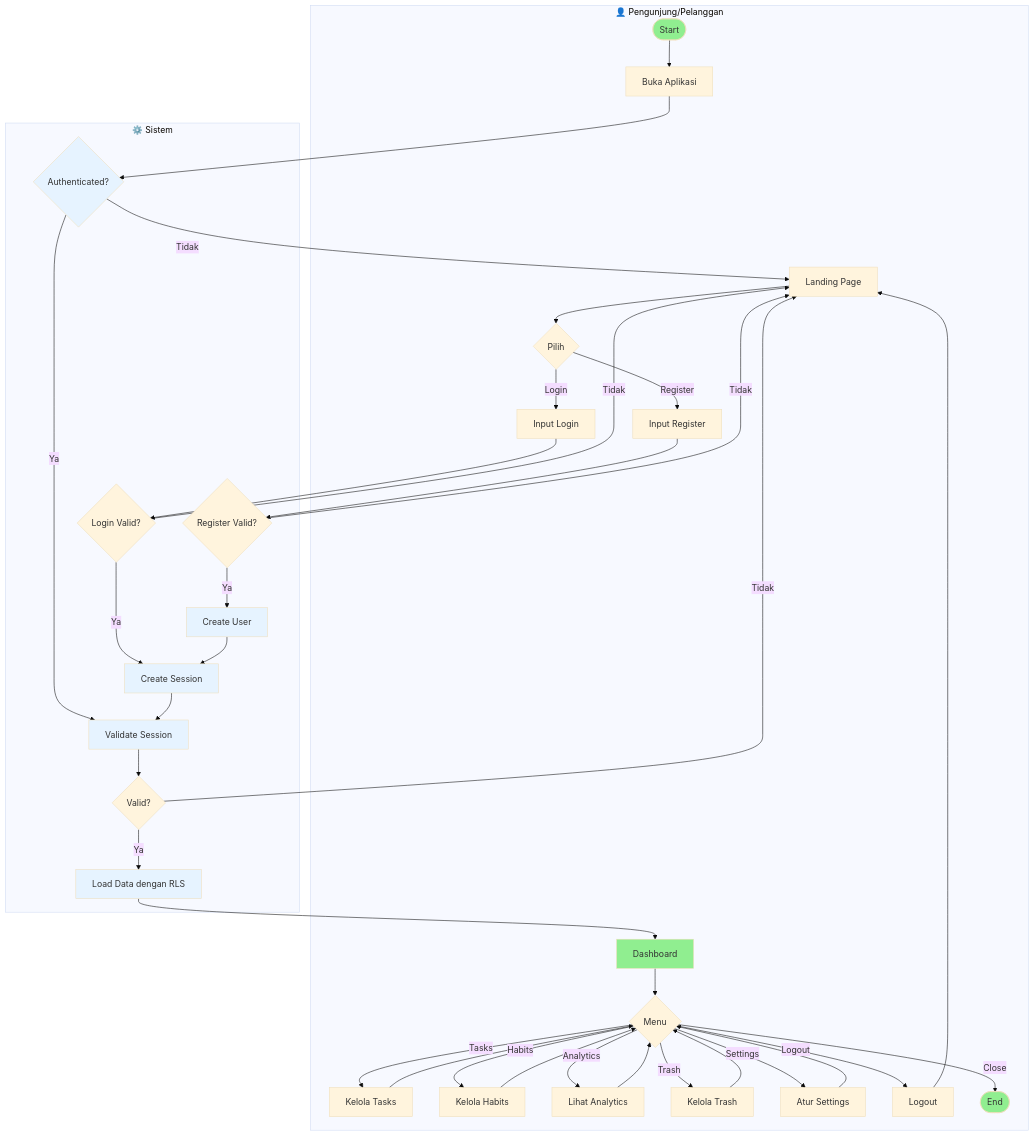
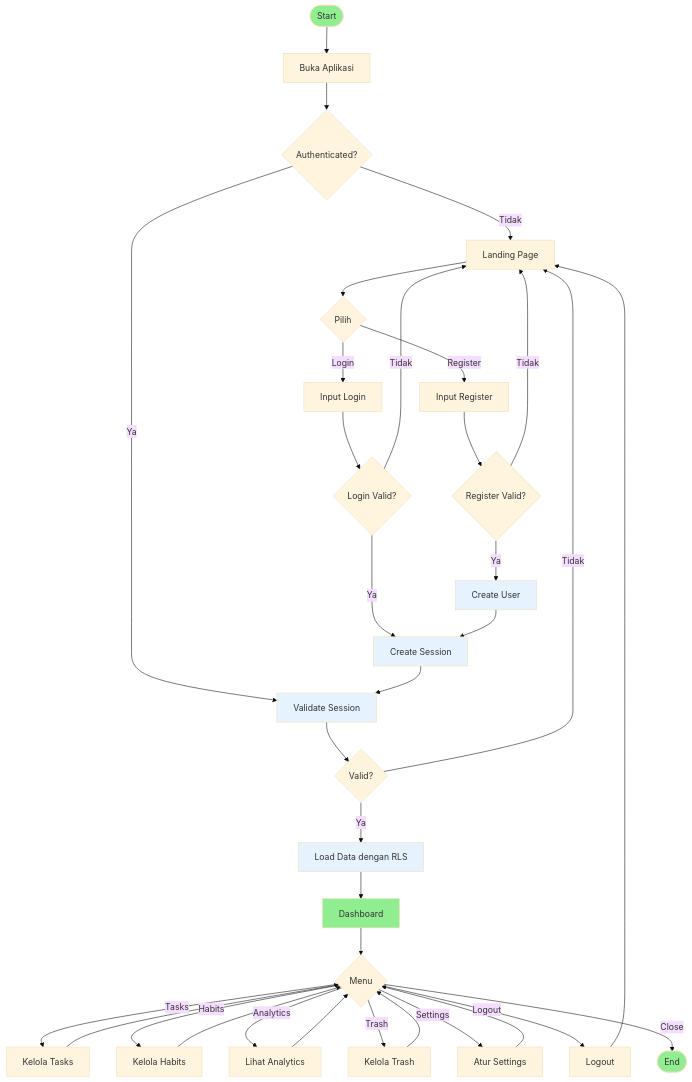
One commit to FarhanEfendi21/FlowDay changed diagram 11 of 11 in ACTIVITY_DIAGRAMS.md. Above: the diagram before and after it, drawn with Mermaid (base theme). The commit also changed other lines of this file, not shown here.

Commit message:
fix activity diagram

````diff
--- a/ACTIVITY_DIAGRAMS.md
+++ b/ACTIVITY_DIAGRAMS.md
@@ -464,54 +427,55 @@
 ```mermaid
-graph TD
-    subgraph User["👤 Pengunjung/Pelanggan"]
-        A([Start]) --> B[Buka Aplikasi]
-        C[Landing Page] --> D{Pilih}
-        D -->|Login| E[Input Login]
-        D -->|Register| F[Input Register]
-        G[Dashboard] --> H{Menu}
-        H -->|Tasks| I[Kelola Tasks]
-        H -->|Habits| J[Kelola Habits]
-        H -->|Analytics| K[Lihat Analytics]
-        H -->|Trash| L[Kelola Trash]
-        H -->|Settings| M[Atur Settings]
-        H -->|Logout| N[Logout]
-        I --> H
-        J --> H
-        K --> H
-        L --> H
-        M --> H
-        N --> C
-        H -->|Close| O([End])
-    end
+flowchart TB
+    Start([Start]) --> A[Buka Aplikasi]
+    A --> B{Authenticated?}
     
-    subgraph System["⚙️ Sistem"]
-        P{Authenticated?}
-        P -->|Tidak| C
-        P -->|Ya| Q[Validate Session]
-        Q --> R{Valid?}
-        R -->|Tidak| C
-        R -->|Ya| S[Load Data dengan RLS]
-        S --> G
-        T{Login Valid?}
-        T -->|Ya| U[Create Session]
-        U --> Q
-        T -->|Tidak| C
-        V{Register Valid?}
-        V -->|Ya| W[Create User]
-        W --> U
-        V -->|Tidak| C
-    end
+    B -->|Tidak| C[Landing Page]
+    C --> D{Pilih}
+    D -->|Login| E1[Input Login]
+    E1 --> E2{Login Valid?}
+    E2 -->|Tidak| C
+    E2 -->|Ya| E3[Create Session]
     
-    B --> P
-    E --> T
-    F --> V
+    D -->|Register| F1[Input Register]
+    F1 --> F2{Register Valid?}
+    F2 -->|Tidak| C
+    F2 -->|Ya| F3[Create User]
+    F3 --> E3
+    
+    B -->|Ya| G1[Validate Session]
+    G1 --> G2{Valid?}
+    G2 -->|Tidak| C
+    G2 -->|Ya| G3[Load Data dengan RLS]
+    
+    E3 --> G1
+    G3 --> H[Dashboard]
+    H --> Menu{Menu}
+    
+    Menu -->|Tasks| I1[Kelola Tasks]
+    I1 --> Menu
+    
+    Menu -->|Habits| J1[Kelola Habits]
+    J1 --> Menu
+    
+    Menu -->|Analytics| K1[Lihat Analytics]
+    K1 --> Menu
+    
+    Menu -->|Trash| L1[Kelola Trash]
+    L1 --> Menu
+    
+    Menu -->|Settings| M1[Atur Settings]
+    M1 --> Menu
+    
+    Menu -->|Logout| N1[Logout]
+    N1 --> C
+    
+    Menu -->|Close| End([End])
 
-    style A fill:#90EE90
-    style O fill:#90EE90
-    style G fill:#90EE90
-    style P fill:#E6F3FF
-    style Q fill:#E6F3FF
-    style S fill:#E6F3FF
-    style U fill:#E6F3FF
-    style W fill:#E6F3FF
+    style Start fill:#90EE90
+    style End fill:#90EE90
+    style H fill:#90EE90
+    style E3 fill:#E6F3FF
+    style F3 fill:#E6F3FF
+    style G1 fill:#E6F3FF
+    style G3 fill:#E6F3FF
 ```
````
